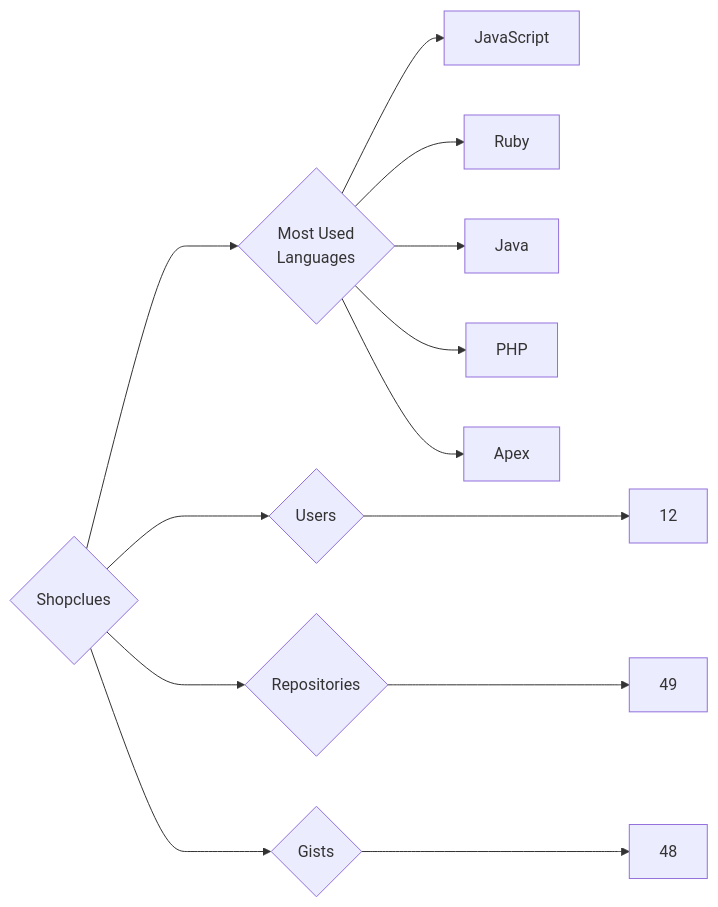
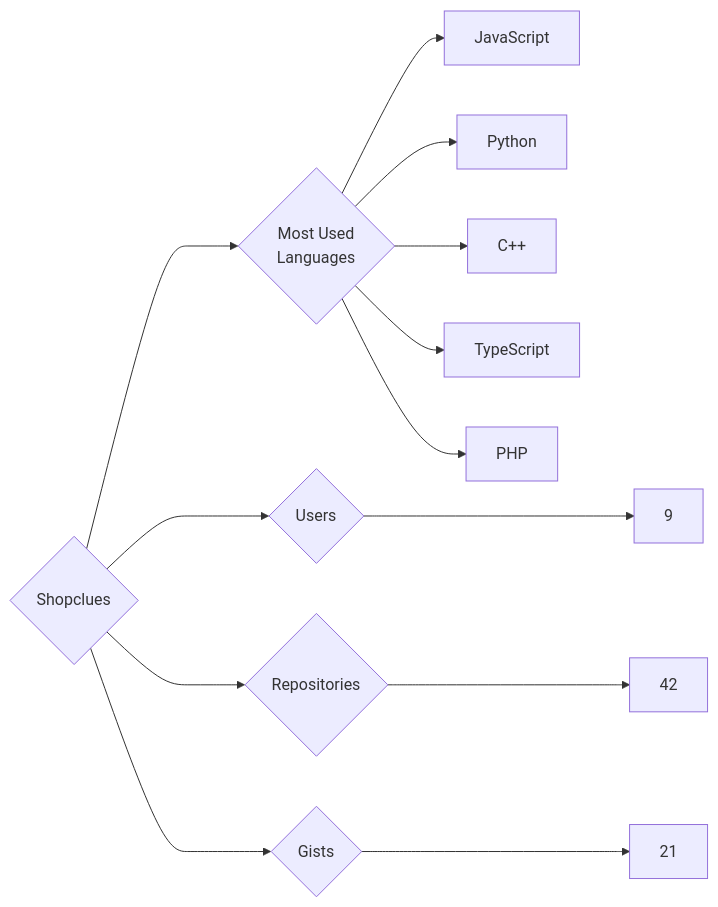
One commit to trickest/insiders changed the diagram in targets/Shopclues/README.md. Above: the diagram before and after it, drawn with Mermaid. The commit also changed 765 other files, not shown here.

````diff
--- a/targets/Shopclues/README.md
+++ b/targets/Shopclues/README.md
@@ -3,13 +3,13 @@
 ```mermaid
 graph LR
 COMPANY_NAME{Shopclues}
-COMPANY_NAME ---> U{Users} ---> UN[12]
-COMPANY_NAME ---> R{Repositories} ---> RN[49]
-COMPANY_NAME ---> G{Gists} ---> GN[48]
+COMPANY_NAME ---> U{Users} ---> UN[9]
+COMPANY_NAME ---> R{Repositories} ---> RN[42]
+COMPANY_NAME ---> G{Gists} ---> GN[21]
 COMPANY_NAME ---> ML{Most Used<br>Languages}
 ML --> JavaScript[JavaScript]
-ML --> Ruby[Ruby]
-ML --> Java[Java]
+ML --> Python[Python]
+ML --> C++[C++]
+ML --> TypeScript[TypeScript]
 ML --> PHP[PHP]
-ML --> Apex[Apex]
 ```
````
